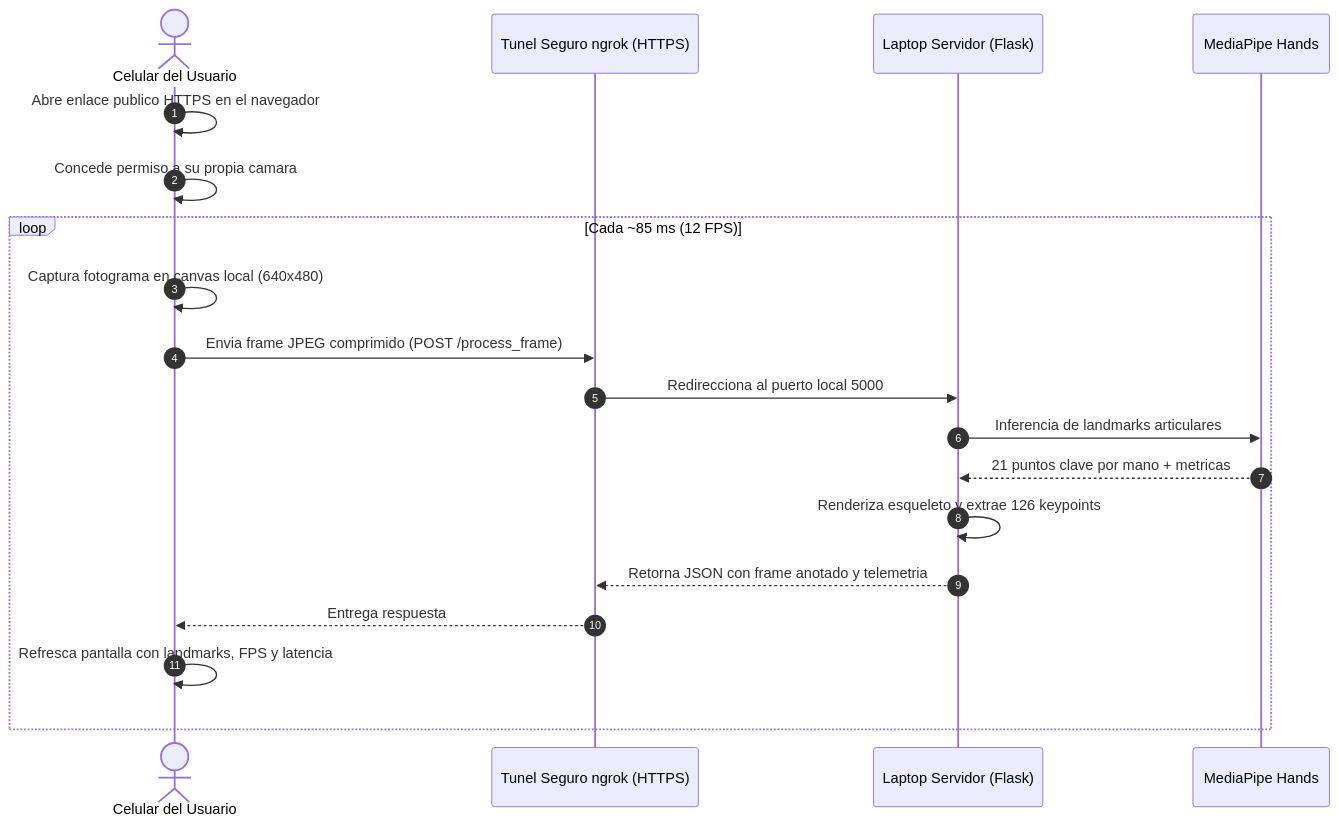
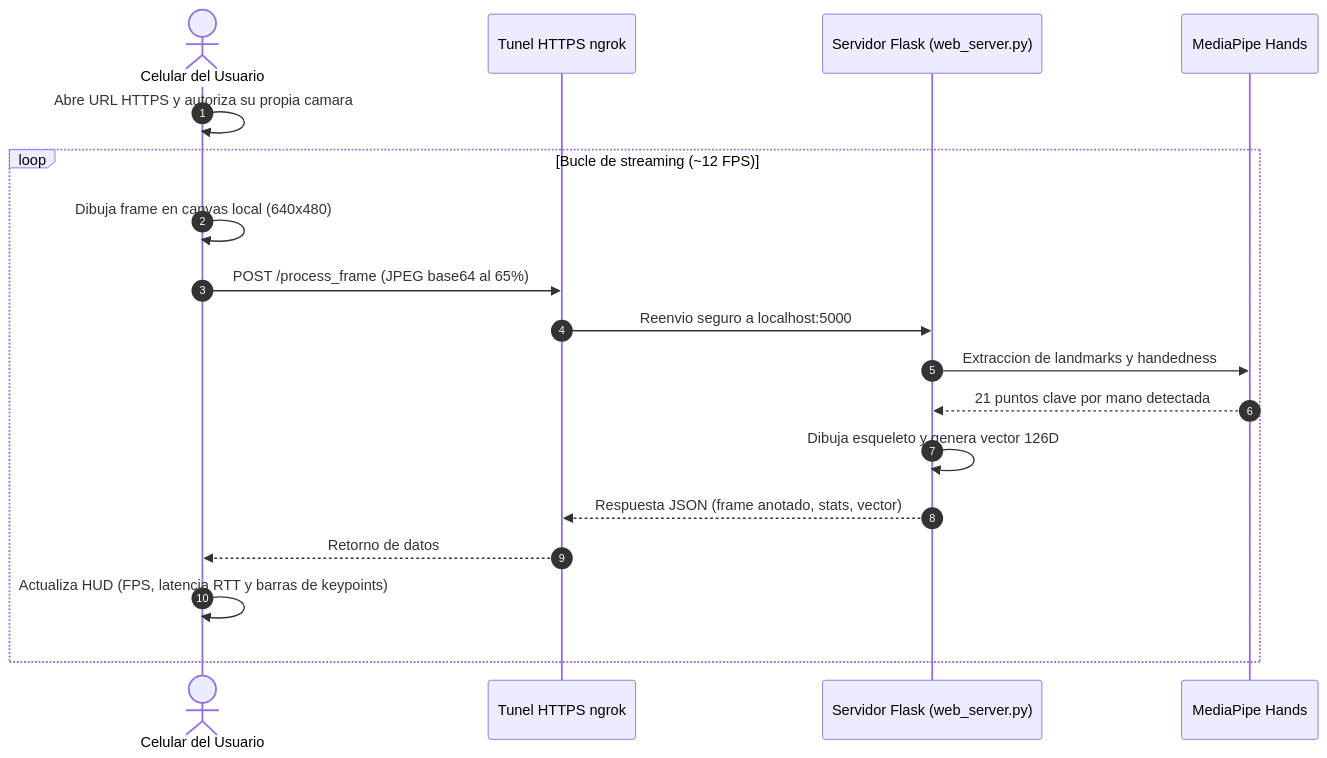
Before and after one commit to mrln-trrs/interprete-lsp: the second of 3 diagrams in article.md, drawn with Mermaid. The commit also changed other lines of this file, not shown here.

````diff
--- a/article.md
+++ b/article.md
@@ -99,22 +80,21 @@
 ```mermaid
 sequenceDiagram
     autonumber
     actor Usuario as Celular del Usuario
-    participant Ngrok as Tunel Seguro ngrok (HTTPS)
-    participant Servidor as Laptop Servidor (Flask)
+    participant Tunel as Tunel HTTPS ngrok
+    participant Servidor as Servidor Flask (web_server.py)
     participant Motor as MediaPipe Hands
 
-    Usuario->>Usuario: Abre enlace publico HTTPS en el navegador
-    Usuario->>Usuario: Concede permiso a su propia camara
-    loop Cada ~85 ms (12 FPS)
-        Usuario->>Usuario: Captura fotograma en canvas local (640x480)
-        Usuario->>Ngrok: Envia frame JPEG comprimido (POST /process_frame)
-        Ngrok->>Servidor: Redirecciona al puerto local 5000
-        Servidor->>Motor: Inferencia de landmarks articulares
-        Motor-->>Servidor: 21 puntos clave por mano + metricas
-        Servidor->>Servidor: Renderiza esqueleto y extrae 126 keypoints
-        Servidor-->>Ngrok: Retorna JSON con frame anotado y telemetria
-        Ngrok-->>Usuario: Entrega respuesta
-        Usuario->>Usuario: Refresca pantalla con landmarks, FPS y latencia
+    Usuario->>Usuario: Abre URL HTTPS y autoriza su propia camara
+    loop Bucle de streaming (~12 FPS)
+        Usuario->>Usuario: Dibuja frame en canvas local (640x480)
+        Usuario->>Tunel: POST /process_frame (JPEG base64 al 65%)
+        Tunel->>Servidor: Reenvio seguro a localhost:5000
+        Servidor->>Motor: Extraccion de landmarks y handedness
+        Motor-->>Servidor: 21 puntos clave por mano detectada
+        Servidor->>Servidor: Dibuja esqueleto y genera vector 126D
+        Servidor-->>Tunel: Respuesta JSON (frame anotado, stats, vector)
+        Tunel-->>Usuario: Retorno de datos
+        Usuario->>Usuario: Actualiza HUD (FPS, latencia RTT y barras de keypoints)
     end
 ```
````
